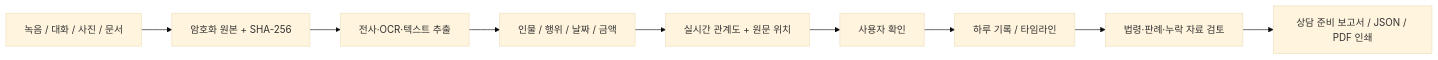
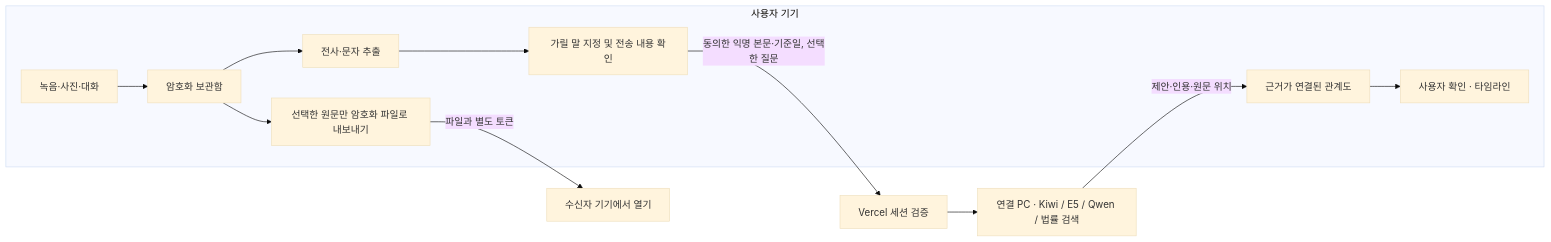
The diagram in README.md (yhkwon2004/FACTLINE), drawn with Mermaid (base theme) before and after one commit. The commit also changed other lines of this file and 144 other files, not shown here.

````diff
--- a/README.md
+++ b/README.md
@@ -11,11 +65,14 @@
-~~~mermaid
+```mermaid
 flowchart LR
- A["녹음 / 대화 / 사진 / 문서"] --> B["암호화 원본 + SHA-256"]
- B --> C["전사·OCR·텍스트 추출"]
- C --> D["인물 / 행위 / 날짜 / 금액"]
- D --> E["실시간 관계도 + 원문 위치"]
- E --> F["사용자 확인"]
- F --> G["하루 기록 / 타임라인"]
- G --> H["법령·판례·누락 자료 검토"]
- H --> I["상담 준비 보고서 / JSON / PDF 인쇄"]
-~~~
+  subgraph D["사용자 기기"]
+    F["녹음·사진·대화"] --> V["암호화 보관함"]
+    V --> T["전사·문자 추출"]
+    T --> R["가릴 말 지정 및 전송 내용 확인"]
+    G["근거가 연결된 관계도"] --> C["사용자 확인 · 타임라인"]
+    V --> S["선택한 원문만 암호화 파일로 내보내기"]
+  end
+  R -->|"동의한 익명 본문·기준일, 선택한 질문"| A["Vercel 세션 검증"]
+  A --> W["연결 PC · Kiwi / E5 / Qwen / 법률 검색"]
+  W -->|"제안·인용·원문 위치"| G
+  S -->|"파일과 별도 토큰"| P["수신자 기기에서 열기"]
+```
````
